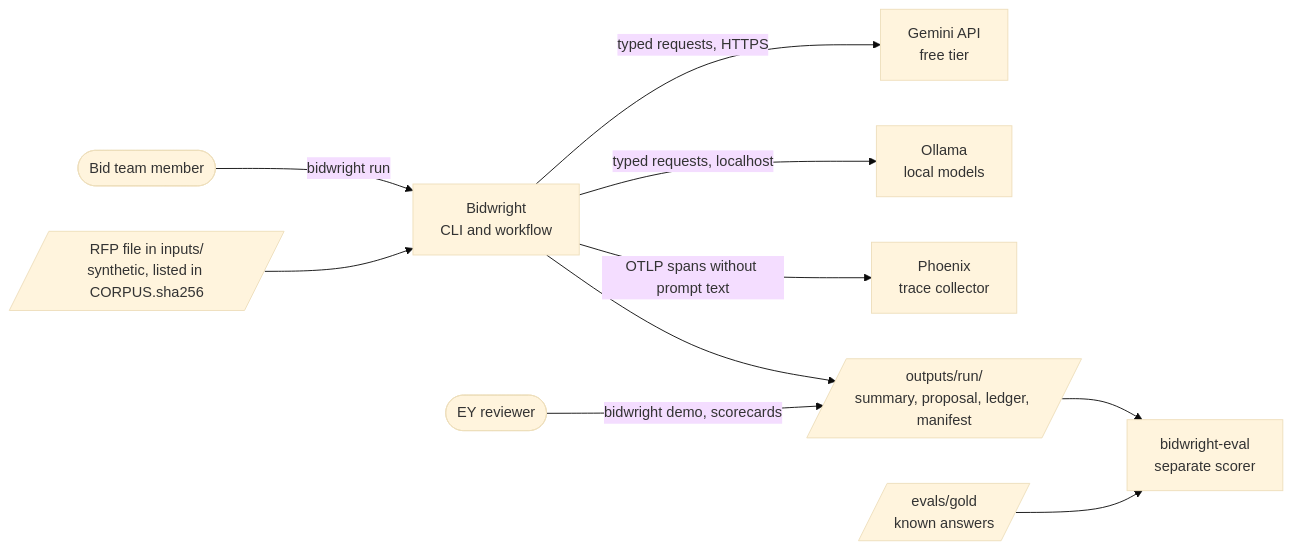
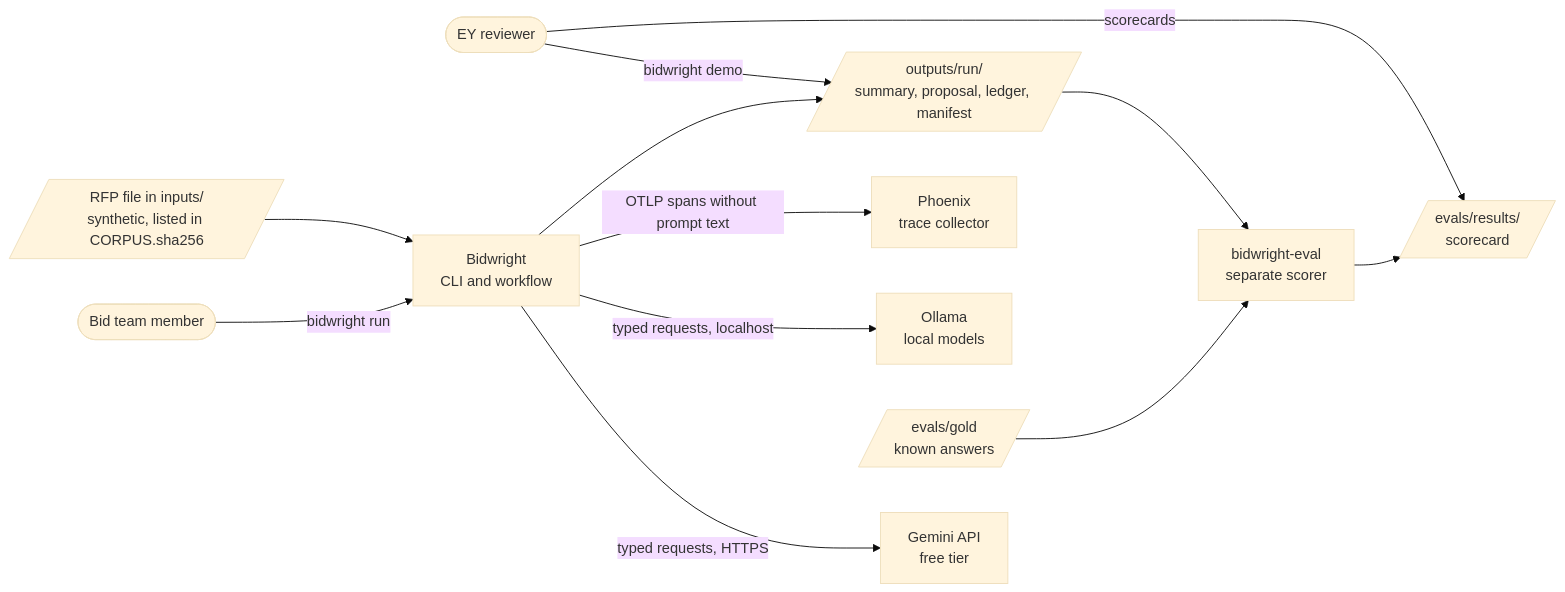
Before and after one commit to chouaibhoues-code/bidwright-rfp-agent: the first of 3 diagrams in docs/architecture.md, drawn with Mermaid (base theme). The commit also changed other lines of this file and 37 other files, not shown here.

````diff
--- a/docs/architecture.md
+++ b/docs/architecture.md
@@ -64,23 +78,26 @@
 ```mermaid
 flowchart LR
     team(["Bid team member"])
     reviewer(["EY reviewer"])
     rfp[/"RFP file in inputs/<br/>synthetic, listed in CORPUS.sha256"/]
     bw["Bidwright<br/>CLI and workflow"]
     gemini["Gemini API<br/>free tier"]
     ollama["Ollama<br/>local models"]
     phoenix["Phoenix<br/>trace collector"]
     out[/"outputs/run/<br/>summary, proposal, ledger, manifest"/]
     evalr["bidwright-eval<br/>separate scorer"]
     gold[/"evals/gold<br/>known answers"/]
+    score[/"evals/results/<br/>scorecard"/]
 
     team -- "bidwright run" --> bw
     rfp --> bw
     bw -- "typed requests, HTTPS" --> gemini
     bw -- "typed requests, localhost" --> ollama
     bw -- "OTLP spans without prompt text" --> phoenix
     bw --> out
-    reviewer -- "bidwright demo, scorecards" --> out
+    reviewer -- "bidwright demo" --> out
+    reviewer -- "scorecards" --> score
     out --> evalr
     gold --> evalr
+    evalr --> score
 ```
````
